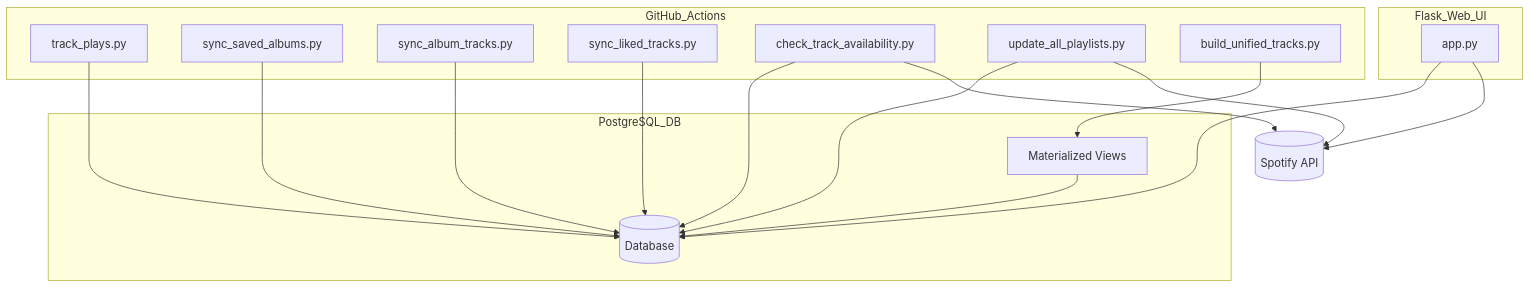
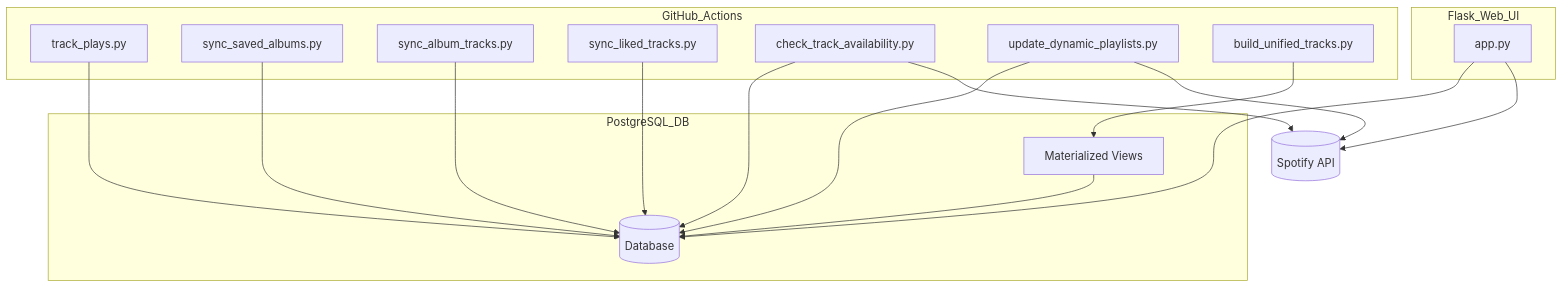
Before and after one commit to confidentjohn/spotify-smart-playlists: the diagram in README.md, drawn with Mermaid. The commit also changed other lines of this file, not shown here.

````diff
--- a/README.md
+++ b/README.md
@@ -202,34 +195,34 @@
 ```mermaid
 graph TD
     subgraph GitHub_Actions
         A[track_plays.py]
         B[sync_saved_albums.py]
         C[sync_album_tracks.py]
         D[sync_liked_tracks.py]
         E[check_track_availability.py]
-        F[update_all_playlists.py]
+        F[update_dynamic_playlists.py]
         G[build_unified_tracks.py]
     end
 
     subgraph Flask_Web_UI
         H[app.py]
     end
 
     subgraph PostgreSQL_DB
         DB[(Database)]
         MV[Materialized Views]
     end
 
     A --> DB
     B --> DB
     C --> DB
     D --> DB
     E --> DB
     F --> DB
     G --> MV
     MV --> DB
     H --> DB
     H --> Spotify[(Spotify API)]
     F --> Spotify
     E --> Spotify
 ```
````
